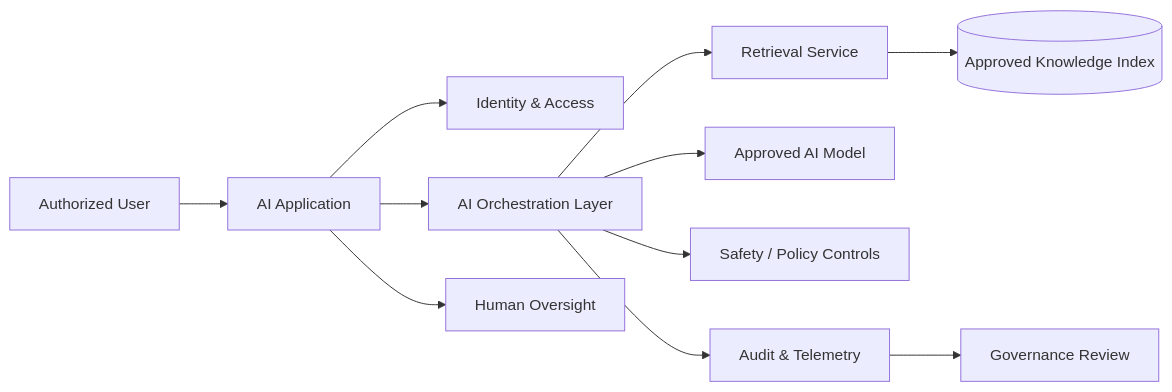
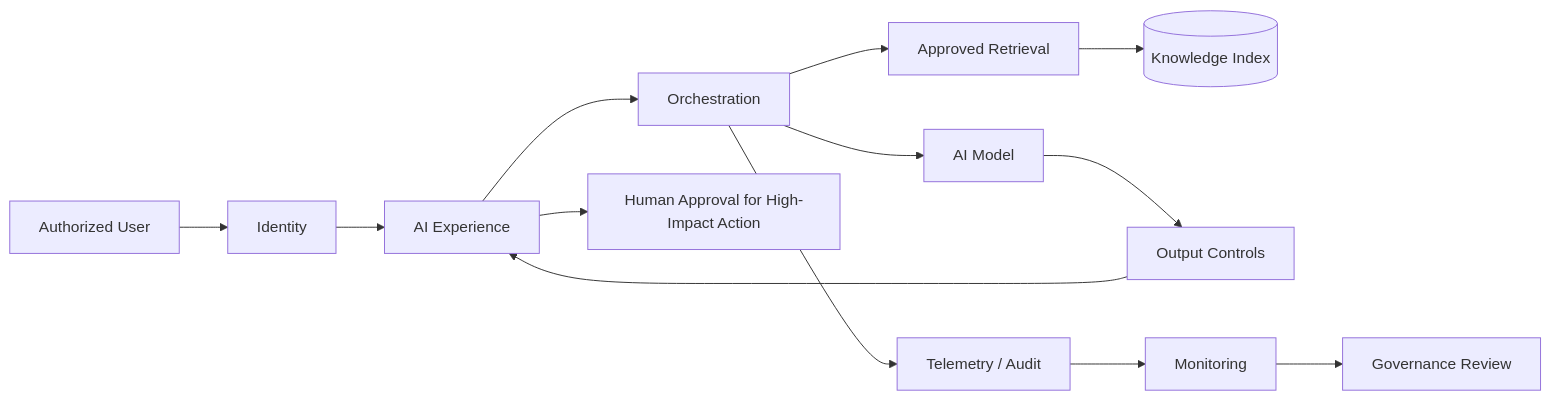
The diagram in Enterprise-AI-Architecture/README.md (Faith144-72894/Faith-Paulding-Portfolio), drawn with Mermaid before and after one commit. The commit also changed other lines of this file, not shown here.

Commit message:
Rebuild AI architecture as runtime solution case study

````diff
--- a/Enterprise-AI-Architecture/README.md
+++ b/Enterprise-AI-Architecture/README.md
@@ -17,13 +21,15 @@
 ```mermaid
 flowchart LR
-    U[Authorized User] --> APP[AI Application]
-    APP --> IAM[Identity & Access]
-    APP --> ORCH[AI Orchestration Layer]
-    ORCH --> RET[Retrieval Service]
-    RET --> IDX[(Approved Knowledge Index)]
-    ORCH --> MODEL[Approved AI Model]
-    ORCH --> SAFE[Safety / Policy Controls]
-    ORCH --> LOG[Audit & Telemetry]
-    LOG --> GOV[Governance Review]
-    APP --> HITL[Human Oversight]
+ U[Authorized User] --> IAM[Identity]
+ IAM --> APP[AI Experience]
+ APP --> ORCH[Orchestration]
+ ORCH --> RET[Approved Retrieval]
+ RET --> IDX[(Knowledge Index)]
+ ORCH --> MODEL[AI Model]
+ MODEL --> SAFE[Output Controls]
+ SAFE --> APP
+ ORCH --> LOG[Telemetry / Audit]
+ LOG --> MON[Monitoring]
+ MON --> GOV[Governance Review]
+ APP --> HITL[Human Approval for High-Impact Action]
 ```
````
